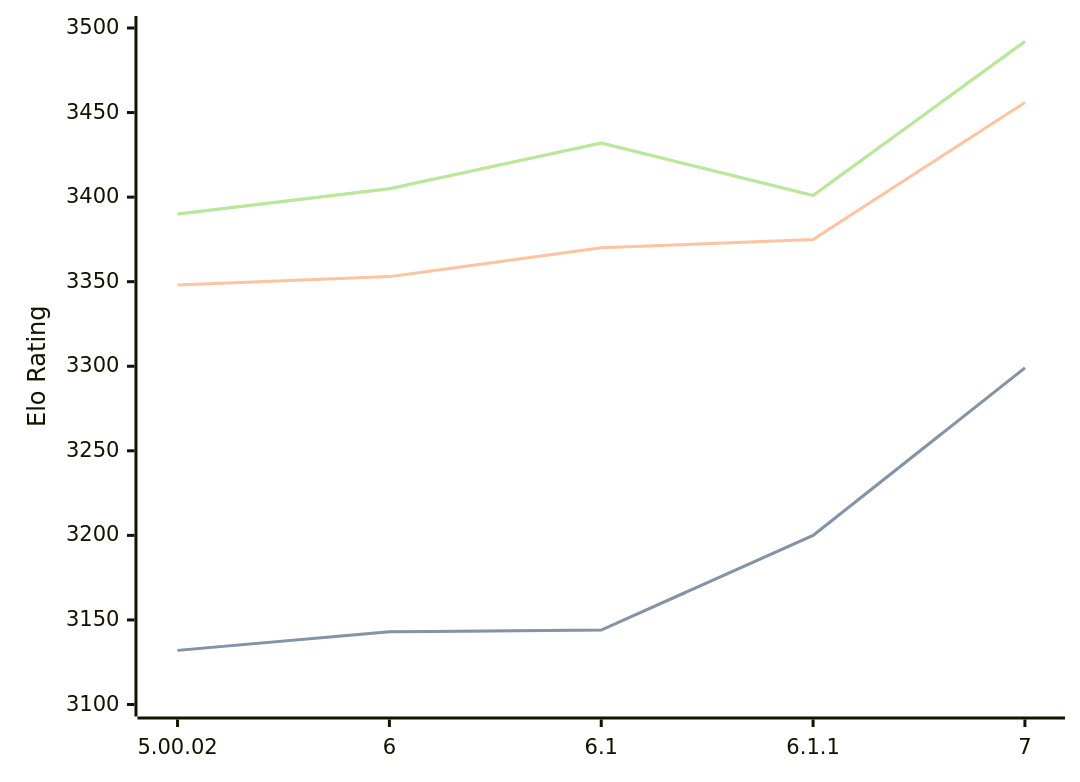
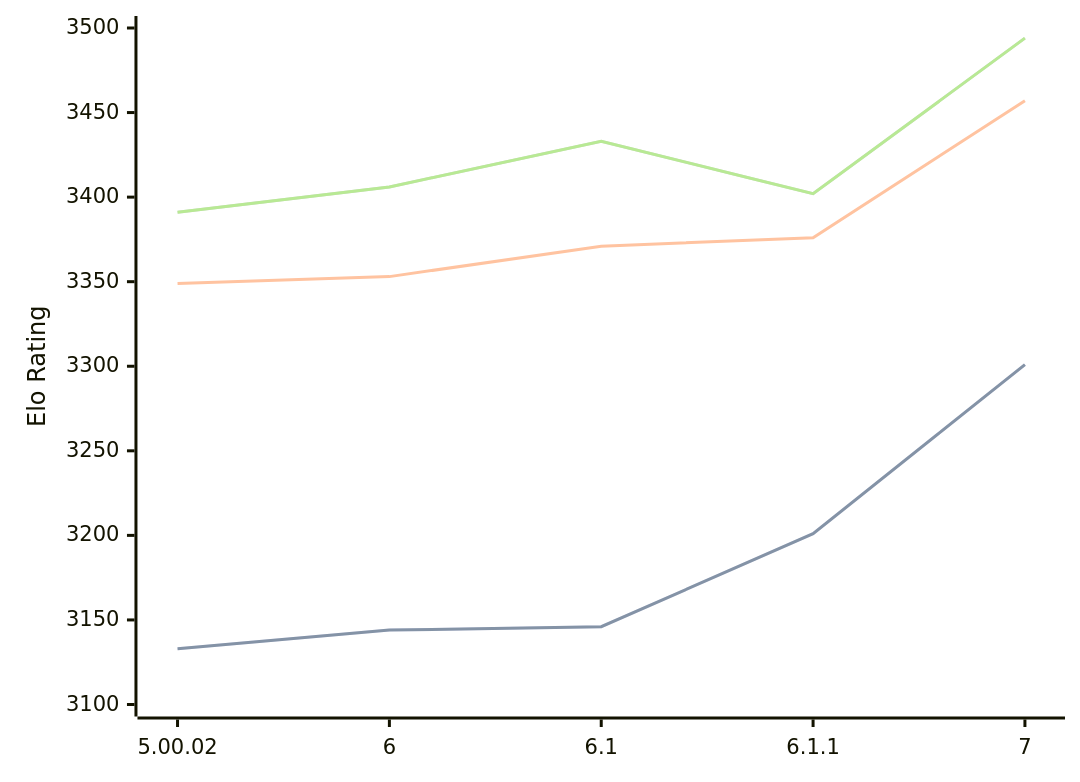
The diagram in engines/Zangdar.md (computer-chess-index/cci), drawn with Mermaid before and after one commit. The commit also changed other lines of this file, not shown here.

Commit message:
Update CCI Ratings (ELO VLTC) - 2026-08-26

````diff
--- a/engines/Zangdar.md
+++ b/engines/Zangdar.md
@@ -35,11 +35,11 @@
 ```mermaid
 %%{init: {"theme":"base","themeVariables":{"seriesColors:['#a3a3a3','#222221','#faa371']}}}%%
 xychart-beta
   x-axis ["5.00.02", "6", "6.1", "6.1.1", "7"]
   y-axis "Elo Rating" 3100 --> 3500
-  line "STC (8.0+0.08s)" [3132, 3143, 3144, 3200, 3299]
-  line "STC (8.0+0.08s)" [3132, 3143, 3144, 3200, 3299]
-  line "LTC (60.0+0.60s)" [3348, 3353, 3370, 3375, 3456]
-  line "VLTC (2m24s+1.12s)" [3390, 3405, 3432, 3401, 3492]
-  line "VLTC (2m24s+1.12s)" [3390, 3405, 3432, 3401, 3492]
+  line "STC (8.0+0.08s)" [3133, 3144, 3146, 3201, 3301]
+  line "STC (8.0+0.08s)" [3133, 3144, 3146, 3201, 3301]
+  line "LTC (60.0+0.60s)" [3349, 3353, 3371, 3376, 3457]
+  line "VLTC (2m24s+1.12s)" [3391, 3406, 3433, 3402, 3494]
+  line "VLTC (2m24s+1.12s)" [3391, 3406, 3433, 3402, 3494]
 ```
````
